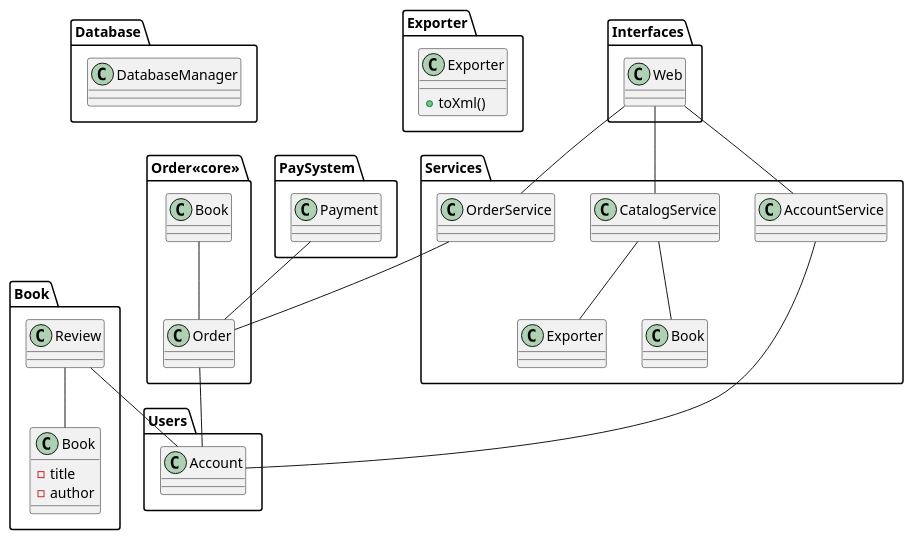
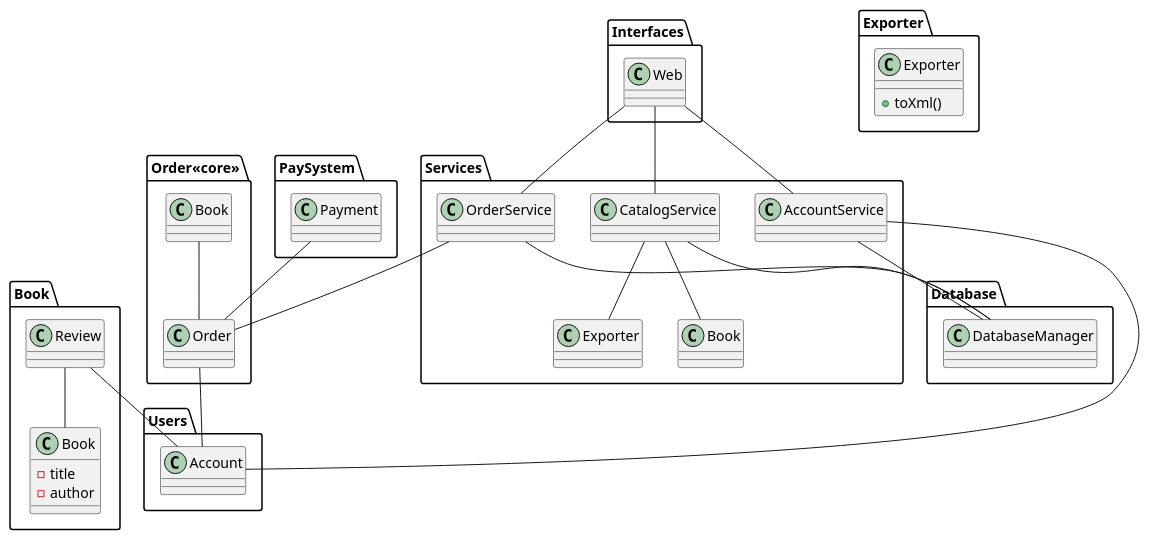
One commit to capitanFlint129/software-design-classwork changed the diagram in book_shop_class.puml. Above: the diagram before and after it, drawn with PlantUML. The commit also changed 1 other file, not shown here.

```diff
--- a/book_shop_class.puml
+++ b/book_shop_class.puml
@@ -1,66 +1,70 @@
 @startuml
 'https://plantuml.com/class-diagram
 
 package Database {
 class DatabaseManager {
 }
+
 }
 
 package Exporter {
 class Exporter {
 +toXml()
 }
 }
 
 
 package Book {
 class Book {
 -title
 -author
 }
 
 Review -- Book
 class Review {
 }
 }
 
 package "Order<<core>>" {
 
 Book -- Order
 
 
 class Order {
 }
 }
 
 package Users {
 Review -- Account
 Order -- Account
 class Account {
 }
 }
 
 package Services {
 CatalogService -- Exporter
 CatalogService -- Book
+CatalogService -- DatabaseManager
+OrderService -- DatabaseManager
+AccountService -- DatabaseManager
 class CatalogService{}
 OrderService -- Order
 class OrderService{}
 AccountService -- Account
 class AccountService{}
 }
 
 package Interfaces {
 Web -- CatalogService
 Web -- OrderService
 Web -- AccountService
 class Web {
 }
 }
 
 package PaySystem {
 Payment -- Order
 class Payment {
 }
 }
 @enduml
```
